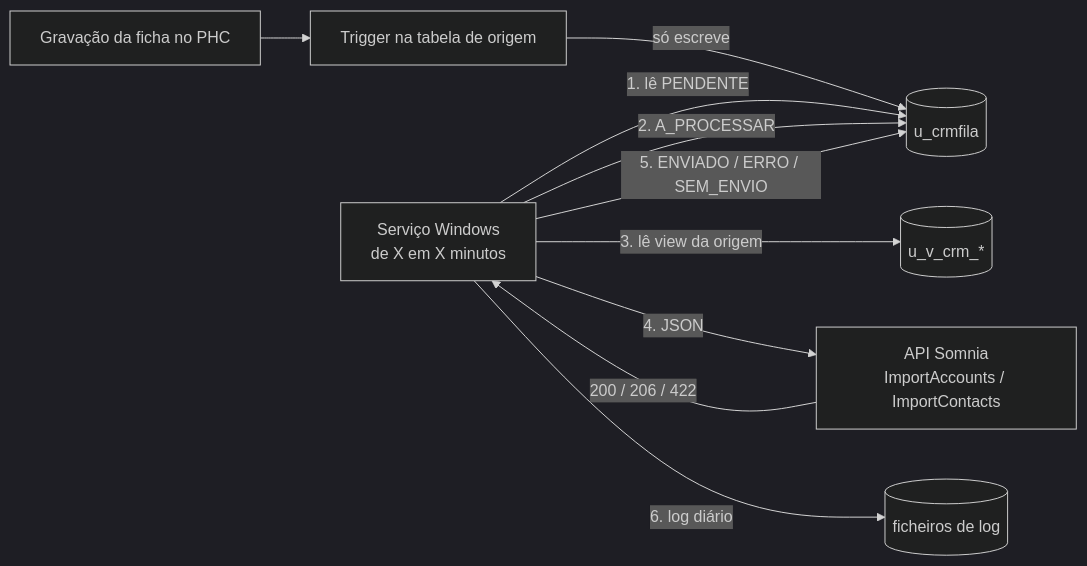
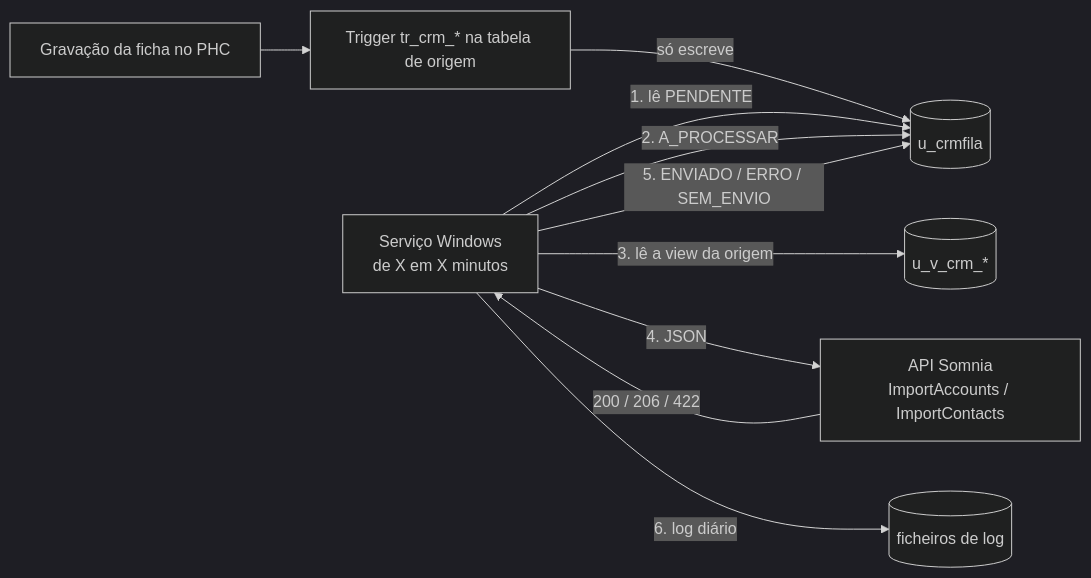
The first of 2 diagrams in docs/arquitetura.md (sigmacodelda/LandeiroCRM), drawn with Mermaid (dark theme) before and after one commit. The commit also changed other lines of this file and 93 other files, not shown here.

````diff
--- a/docs/arquitetura.md
+++ b/docs/arquitetura.md
@@ -8,12 +9,12 @@
 ```mermaid
 flowchart LR
-    A[Gravação da ficha no PHC] --> B[Trigger na tabela de origem]
+    A[Gravação da ficha no PHC] --> B[Trigger tr_crm_* na tabela de origem]
     B -->|só escreve| C[(u_crmfila)]
     D[Serviço Windows<br/>de X em X minutos] -->|1. lê PENDENTE| C
     D -->|2. A_PROCESSAR| C
-    D -->|3. lê view da origem| E[(u_v_crm_*)]
+    D -->|3. lê a view da origem| E[(u_v_crm_*)]
     D -->|4. JSON| F[API Somnia<br/>ImportAccounts / ImportContacts]
     F -->|200 / 206 / 422| D
     D -->|5. ENVIADO / ERRO / SEM_ENVIO| C
     D -->|6. log diário| G[(ficheiros de log)]
 ```
````
